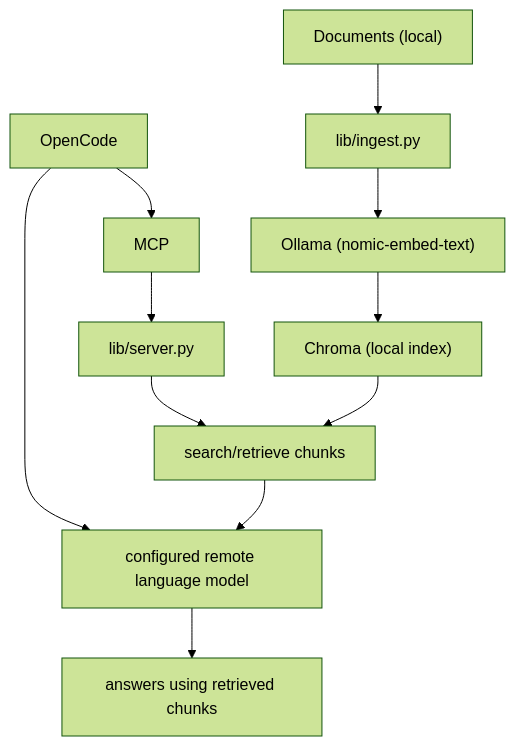
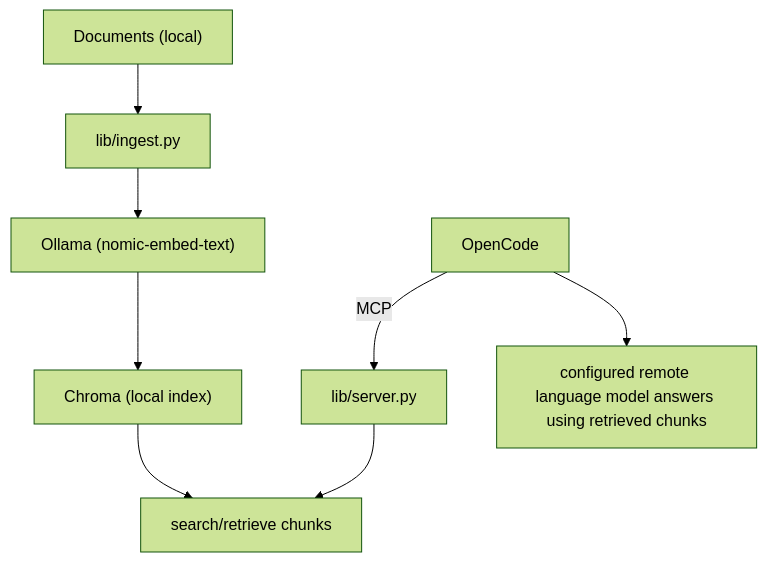
Before and after one commit to andrepester/rag-search-mcp: the diagram in README.md, drawn with Mermaid (forest theme).

Commit message:
docs: mirror original ASCII architecture in Mermaid

````diff
--- a/README.md
+++ b/README.md
@@ -13,15 +13,12 @@
 ```mermaid
 flowchart TD
     A["Documents (local)"] --> B["lib/ingest.py"]
     B --> C["Ollama (nomic-embed-text)"]
     C --> D["Chroma (local index)"]
 
-    E["OpenCode"] --> F["MCP"]
-    F --> G["lib/server.py"]
-    G --> H["search/retrieve chunks"]
-    D --> H
+    E["OpenCode"] -->|MCP| F["lib/server.py"]
+    F --> G["search/retrieve chunks"]
+    D --> G
 
-    E --> I["configured remote language model"]
-    H --> I
-    I --> J["answers using retrieved chunks"]
+    E --> H["configured remote language model answers using retrieved chunks"]
 ```
````
